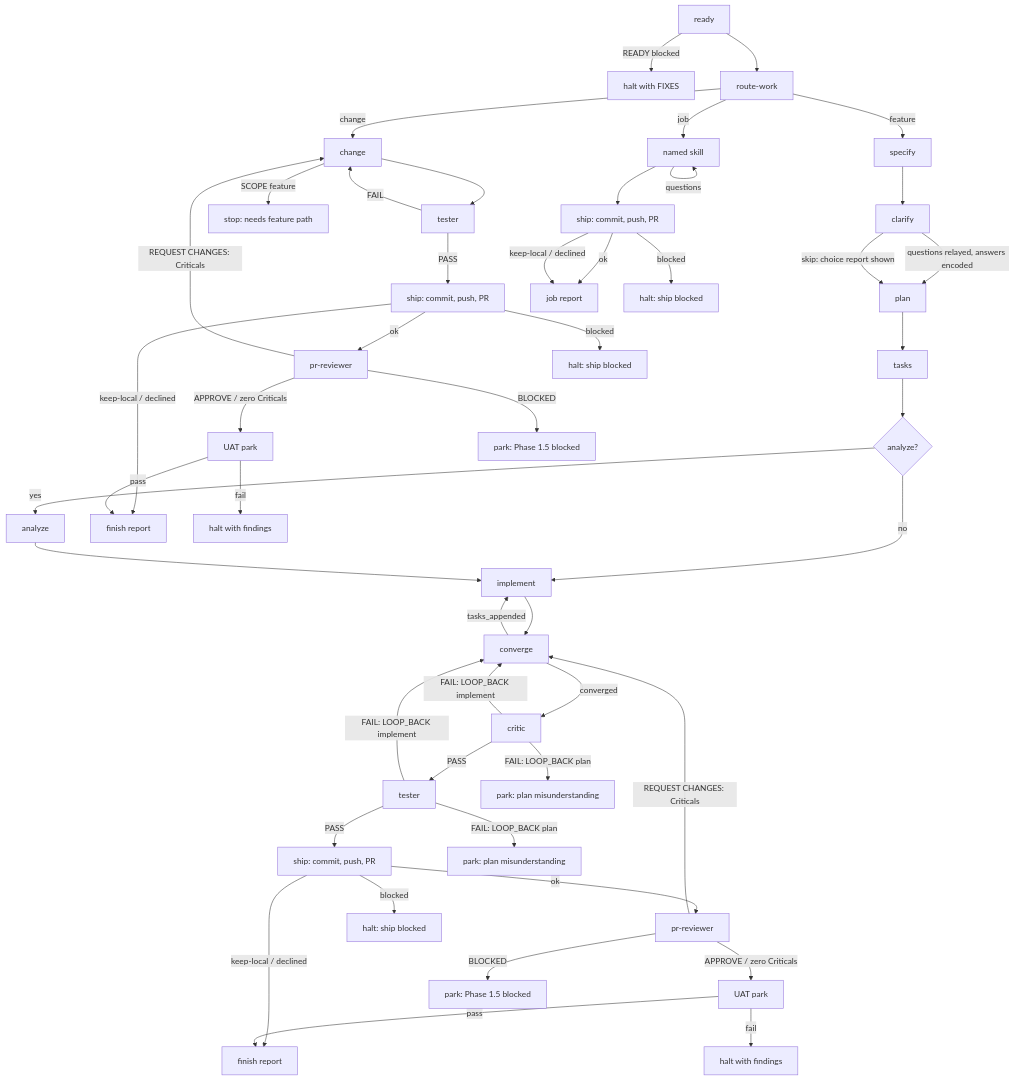
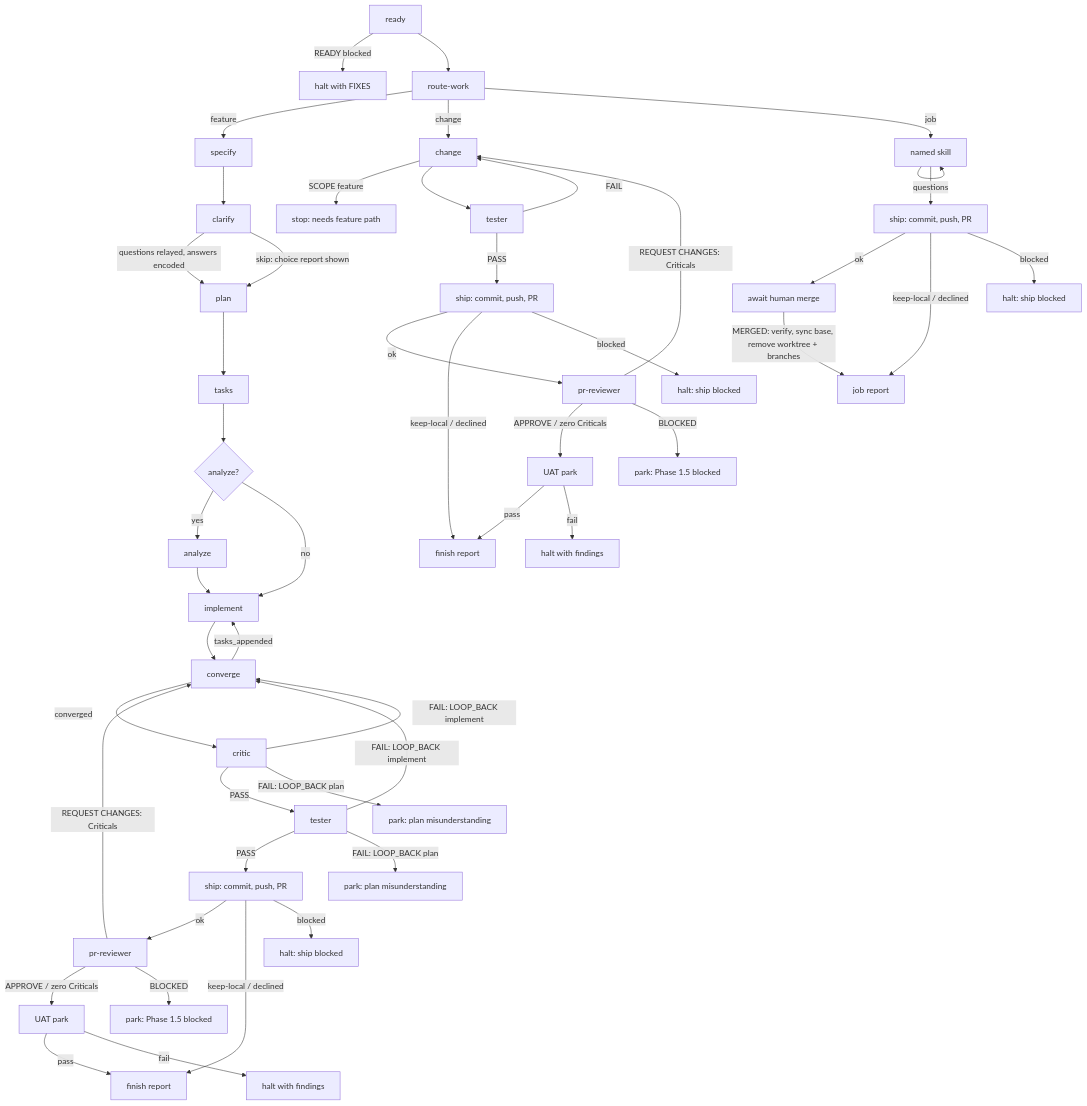
Before and after one commit to emadpoursina/agenticCoding: the diagram in AiNative/docs/agents/speckit-orchestrate/SKILL.md, drawn with Mermaid. The commit also changed other lines of this file and 6 other files, not shown here.

First line of the commit message:
docs(loop): complete job cards on merge instead of at ship

````diff
--- a/AiNative/docs/agents/speckit-orchestrate/SKILL.md
+++ b/AiNative/docs/agents/speckit-orchestrate/SKILL.md
@@ -340,53 +344,54 @@
 ```mermaid
 flowchart TD
   ready[ready] -->|READY blocked| haltReady[halt with FIXES]
   ready --> route[route-work]
   route -->|feature| specify[specify]
   route -->|change| change[change]
   route -->|job| job[named skill]
 
   specify --> clarify[clarify]
   clarify -->|questions relayed, answers encoded| plan[plan]
   clarify -->|skip: choice report shown| plan
   plan --> tasks[tasks]
   tasks --> analyze{analyze?}
   analyze -->|yes| analyzeRun[analyze]
   analyze -->|no| impl[implement]
   analyzeRun --> impl
   impl --> conv[converge]
   conv -->|tasks_appended| impl
   conv -->|converged| critic[critic]
   critic -->|PASS| tester[tester]
   critic -->|FAIL: LOOP_BACK implement| conv
   critic -->|FAIL: LOOP_BACK plan| haltCritic[park: plan misunderstanding]
   tester -->|PASS| featureShip[ship: commit, push, PR]
   tester -->|FAIL: LOOP_BACK implement| conv
   tester -->|FAIL: LOOP_BACK plan| haltTester[park: plan misunderstanding]
   featureShip -->|ok| featureReview[pr-reviewer]
   featureShip -->|keep-local / declined| featureDone[finish report]
   featureShip -->|blocked| featureShipHalt[halt: ship blocked]
   featureReview -->|APPROVE / zero Criticals| featureUat[UAT park]
   featureReview -->|REQUEST CHANGES: Criticals| conv
   featureReview -->|BLOCKED| haltReview[park: Phase 1.5 blocked]
   featureUat -->|pass| featureDone
   featureUat -->|fail| featureHalt[halt with findings]
 
   change -->|SCOPE feature| haltScope[stop: needs feature path]
   change --> changeTester[tester]
   changeTester -->|FAIL| change
   changeTester -->|PASS| changeShip[ship: commit, push, PR]
   changeShip -->|ok| changeReview[pr-reviewer]
   changeShip -->|keep-local / declined| changeDone[finish report]
   changeShip -->|blocked| changeShipHalt[halt: ship blocked]
   changeReview -->|APPROVE / zero Criticals| changeUat[UAT park]
   changeReview -->|REQUEST CHANGES: Criticals| change
   changeReview -->|BLOCKED| haltChangeReview[park: Phase 1.5 blocked]
   changeUat -->|pass| changeDone
   changeUat -->|fail| changeHalt[halt with findings]
 
   job -->|questions| job
   job --> publish[ship: commit, push, PR]
-  publish -->|ok| jobDone[job report]
+  publish -->|ok| jobMerge[await human merge]
+  jobMerge -->|MERGED: verify, sync base, remove worktree + branches| jobDone[job report]
   publish -->|keep-local / declined| jobDone
   publish -->|blocked| jobShipHalt[halt: ship blocked]
 ```
````
